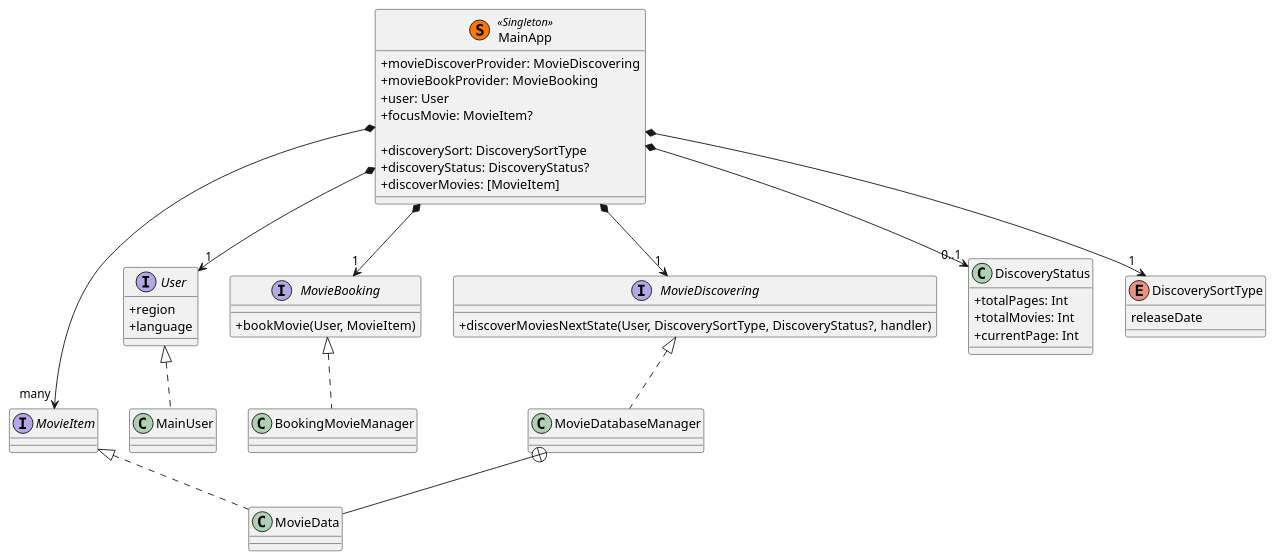
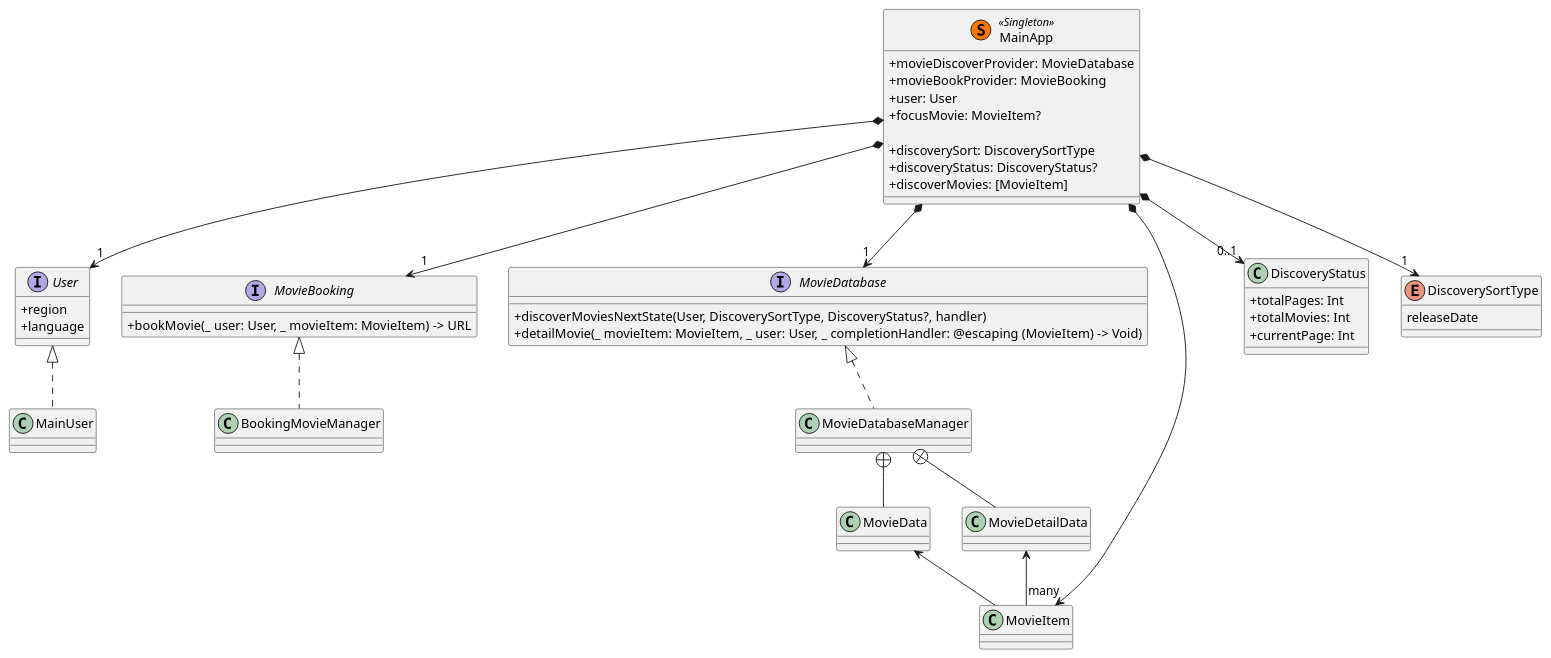
One commit to willsbor/CinemaForYou changed the second of 4 diagrams in README.md. Above: the diagram before and after it, drawn with PlantUML. The commit also changed other lines of this file and 2 other files, not shown here.

Commit message:
update class diagram

````diff
--- a/README.md
+++ b/README.md
@@ -93,57 +94,61 @@
 ```puml
 skinparam classAttributeIconSize 0
 
-interface MovieDiscovering {
+interface MovieDatabase {
   +discoverMoviesNextState(User, DiscoverySortType, DiscoveryStatus?, handler)
+  +detailMovie(_ movieItem: MovieItem, _ user: User, _ completionHandler: @escaping (MovieItem) -> Void)
 }
 interface MovieBooking {
-  +bookMovie(User, MovieItem)
+  +bookMovie(_ user: User, _ movieItem: MovieItem) -> URL
 }
 interface User {
   +region
   +language
 }
 
-interface MovieItem {
+class MovieItem {
 }
 
 class DiscoveryStatus {
   +totalPages: Int
   +totalMovies: Int
   +currentPage: Int
 }
 
 enum DiscoverySortType {
   releaseDate
 }
 
 class MainApp << (S,#FF7700) Singleton >> {
-  +movieDiscoverProvider: MovieDiscovering
+  +movieDiscoverProvider: MovieDatabase
   +movieBookProvider: MovieBooking
   +user: User
   +focusMovie: MovieItem?
 
   +discoverySort: DiscoverySortType
   +discoveryStatus: DiscoveryStatus?
   +discoverMovies: [MovieItem]
 }
 
 MainApp *--> "1" User
-MainApp *--> "1" MovieDiscovering
+MainApp *--> "1" MovieDatabase
 MainApp *--> "1" MovieBooking
 MainApp *--> "many" MovieItem
 MainApp *--> "0..1" DiscoveryStatus
 MainApp *--> "1" DiscoverySortType
 
 class MovieDatabaseManager
 class MovieData
+class MovieDetailData
 class BookingMovieManager
 class MainUser
 
-MovieDatabaseManager .up.|> MovieDiscovering
+MovieDatabaseManager .up.|> MovieDatabase
 BookingMovieManager .up.|> MovieBooking
 MainUser .up.|> User
-MovieDatabaseManager +-down- MovieData
-MovieData .up.|> MovieItem
+MovieDatabaseManager +-- MovieData
+MovieDatabaseManager +-- MovieDetailData
+MovieData <-- MovieItem
+MovieDetailData <-- MovieItem
 
 ```
````
